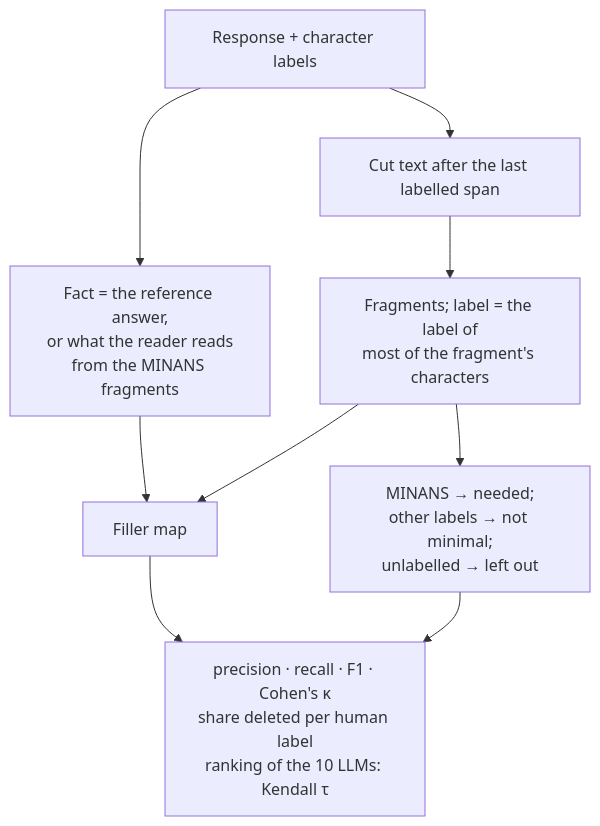
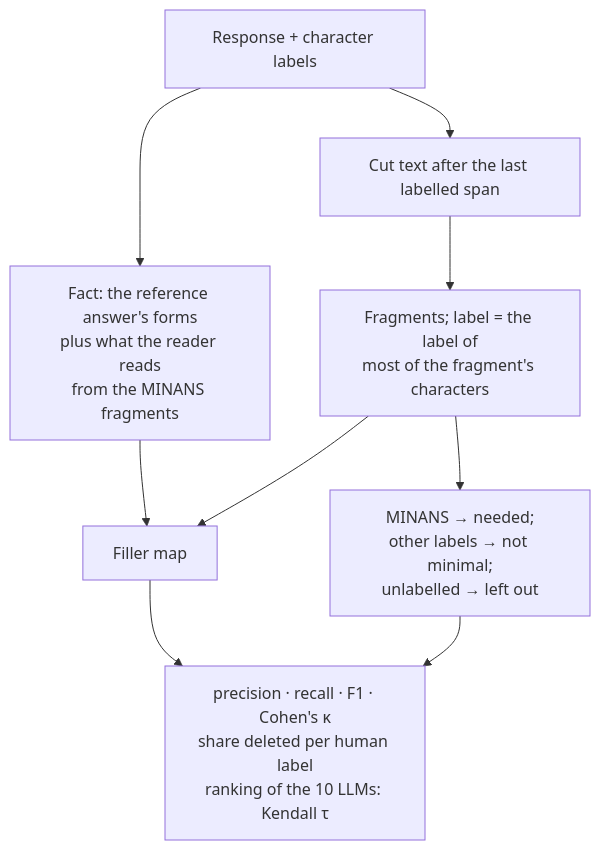
One commit to DanielVyazhev/llm-water-map changed the second of 3 diagrams in docs/validation.md. Above: the diagram before and after it, drawn with Mermaid. The commit also changed other lines of this file and 16 other files, not shown here.

````diff
--- a/docs/validation.md
+++ b/docs/validation.md
@@ -63,11 +63,11 @@
 ```mermaid
 flowchart TD
     A["Response + character labels"] --> C["Cut text after the last labelled span"]
     C --> S["Fragments; label = the label of<br>most of the fragment's characters"]
     S --> T["MINANS → needed;<br>other labels → not minimal;<br>unlabelled → left out"]
-    A --> F["Fact = the reference answer,<br>or what the reader reads<br>from the MINANS fragments"]
+    A --> F["Fact: the reference answer's forms<br>plus what the reader reads<br>from the MINANS fragments"]
     F --> M["Filler map"]
     S --> M
     M --> E["precision · recall · F1 · Cohen's κ<br>share deleted per human label<br>ranking of the 10 LLMs: Kendall τ"]
     T --> E
 ```
````
